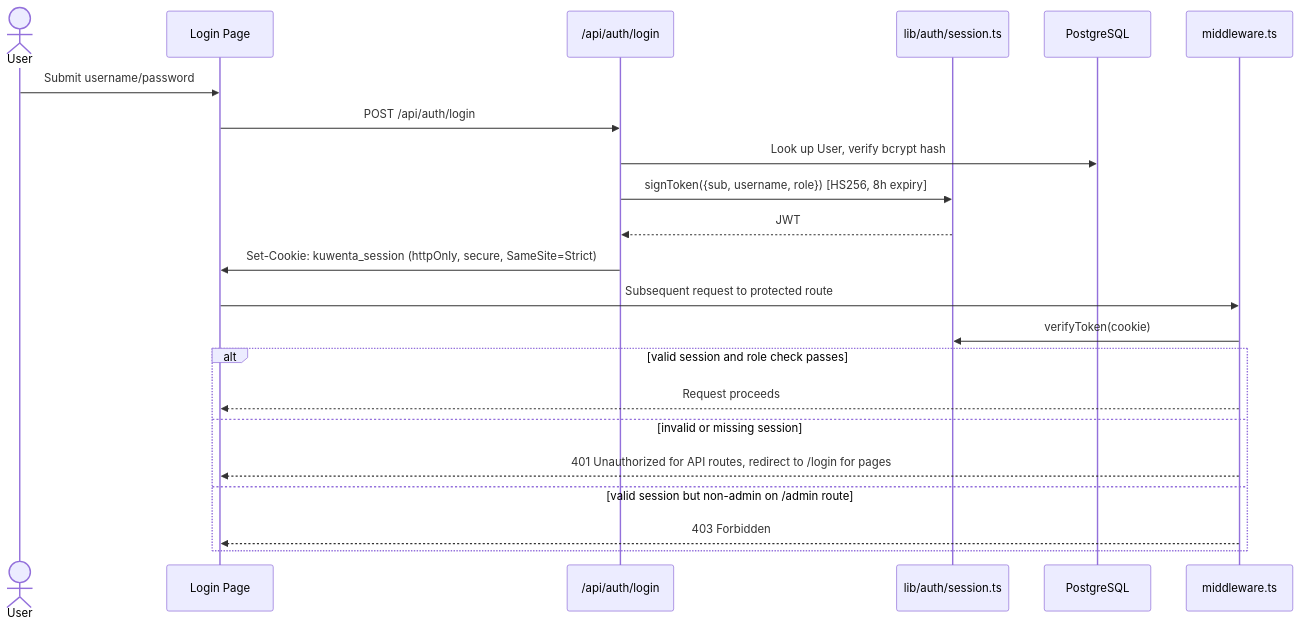
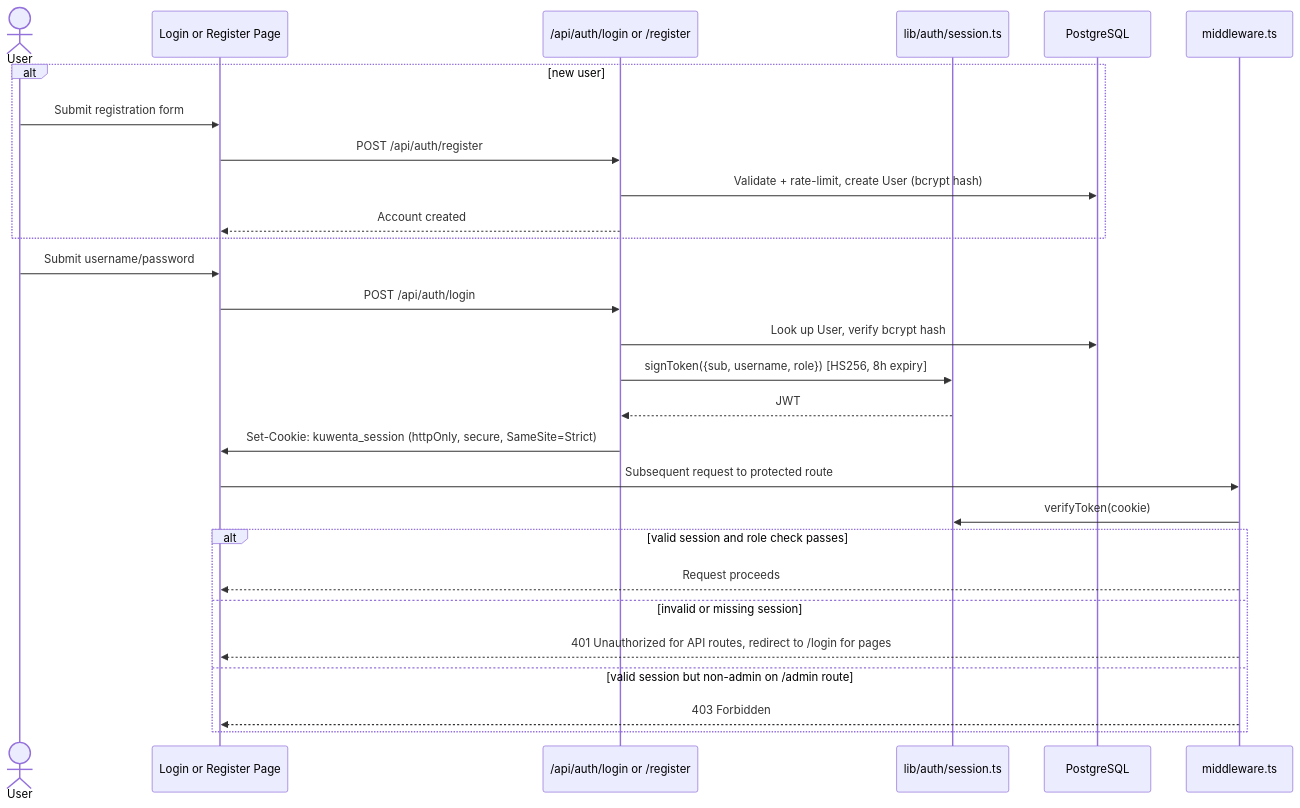
Before and after one commit to 0xhakua/Krunchr: the third of 4 diagrams in README.md, drawn with Mermaid. The commit also changed other lines of this file, not shown here.

````diff
--- a/README.md
+++ b/README.md
@@ -158,25 +173,32 @@
 ```mermaid
 sequenceDiagram
     actor U as User
-    participant UI as Login Page
-    participant API as /api/auth/login
+    participant UI as Login or Register Page
+    participant API as /api/auth/login or /register
     participant AUTH as lib/auth/session.ts
     participant DB as PostgreSQL
     participant MW as middleware.ts
+
+    alt new user
+        U->>UI: Submit registration form
+        UI->>API: POST /api/auth/register
+        API->>DB: Validate + rate-limit, create User (bcrypt hash)
+        API-->>UI: Account created
+    end
 
     U->>UI: Submit username/password
     UI->>API: POST /api/auth/login
     API->>DB: Look up User, verify bcrypt hash
     API->>AUTH: signToken({sub, username, role}) [HS256, 8h expiry]
     AUTH-->>API: JWT
     API->>UI: Set-Cookie: kuwenta_session (httpOnly, secure, SameSite=Strict)
     UI->>MW: Subsequent request to protected route
     MW->>AUTH: verifyToken(cookie)
     alt valid session and role check passes
         MW-->>UI: Request proceeds
     else invalid or missing session
         MW-->>UI: 401 Unauthorized for API routes, redirect to /login for pages
     else valid session but non-admin on /admin route
         MW-->>UI: 403 Forbidden
     end
 ```
````
